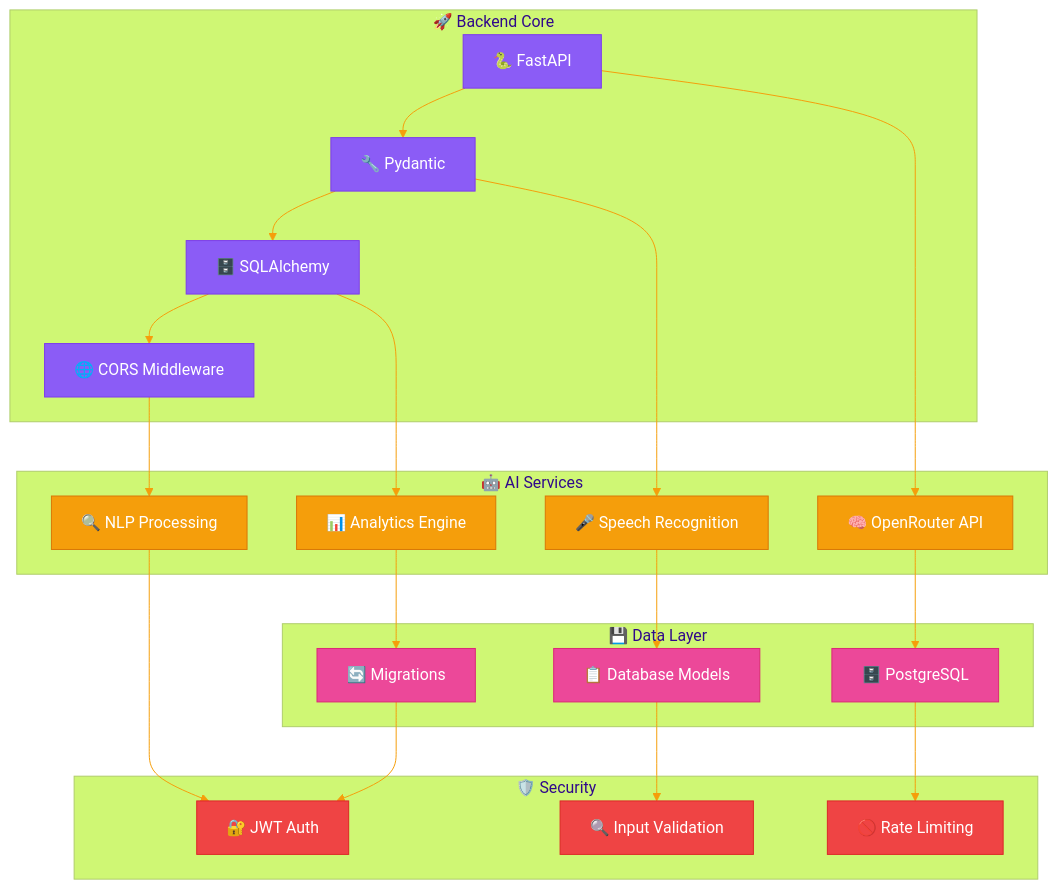
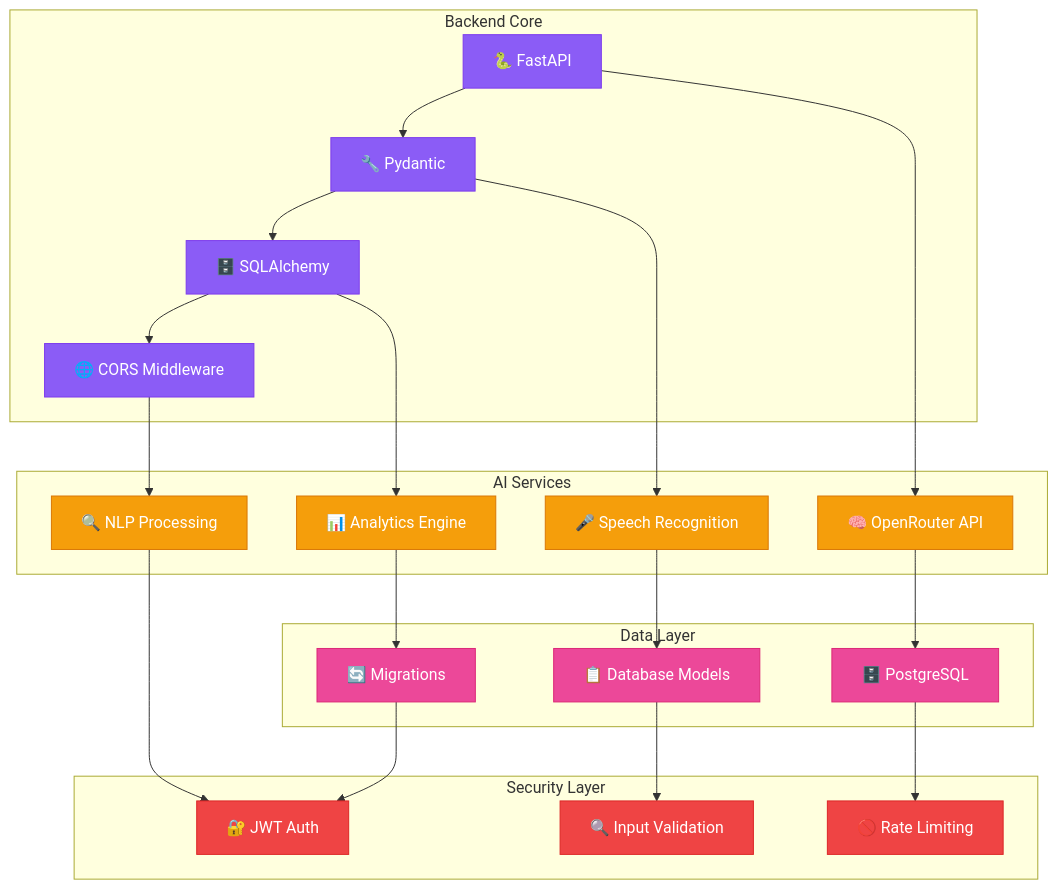
One commit to AARVAK-VSET/campus-flow changed the eighth of 10 diagrams in README.md. Above: the diagram before and after it, drawn with Mermaid. The commit also changed other lines of this file, not shown here.

Commit message:
fix(docs): format mermaid diagrams for GitHub markdown rendering compatibility

````diff
--- a/README.md
+++ b/README.md
@@ -465,62 +346,51 @@
 ```mermaid
-%%{init: {
-  'theme': 'base',
-  'themeVariables': {
-    'primaryColor': '#8b5cf6',
-    'primaryTextColor': '#ffffff',
-    'primaryBorderColor': '#7c3aed',
-    'lineColor': '#f59e0b',
-    'sectionBkgColor': '#1e293b',
-    'altSectionBkgColor': '#334155'
-  }
-}}%%
 graph TB
-    subgraph "🚀 Backend Core"
+    subgraph Backend_Core ["Backend Core"]
         A[🐍 FastAPI] --> B[🔧 Pydantic]
         B --> C[🗄️ SQLAlchemy]
         C --> D[🌐 CORS Middleware]
     end
     
-    subgraph "🤖 AI Services"
+    subgraph AI_Services ["AI Services"]
         E[🧠 OpenRouter API]
         F[🎤 Speech Recognition]
         G[📊 Analytics Engine]
         H[🔍 NLP Processing]
     end
     
-    subgraph "💾 Data Layer"
+    subgraph Data_Layer ["Data Layer"]
         I[🗄️ PostgreSQL]
         J[📋 Database Models]
         K[🔄 Migrations]
     end
     
-    subgraph "🛡️ Security"
+    subgraph Security_Layer ["Security Layer"]
         L[🔐 JWT Auth]
         M[🚫 Rate Limiting]
         N[🔍 Input Validation]
     end
     
     A --> E
     B --> F
     C --> G
     D --> H
     
     E --> I
     F --> J
     G --> K
     H --> L
     
     I --> M
     J --> N
     K --> L
     
     classDef backend fill:#8b5cf6,stroke:#7c3aed,color:#ffffff
     classDef ai fill:#f59e0b,stroke:#d97706,color:#ffffff
     classDef data fill:#ec4899,stroke:#db2777,color:#ffffff
     classDef security fill:#ef4444,stroke:#dc2626,color:#ffffff
     
     class A,B,C,D backend
     class E,F,G,H ai
     class I,J,K data
     class L,M,N security
 ```
````
